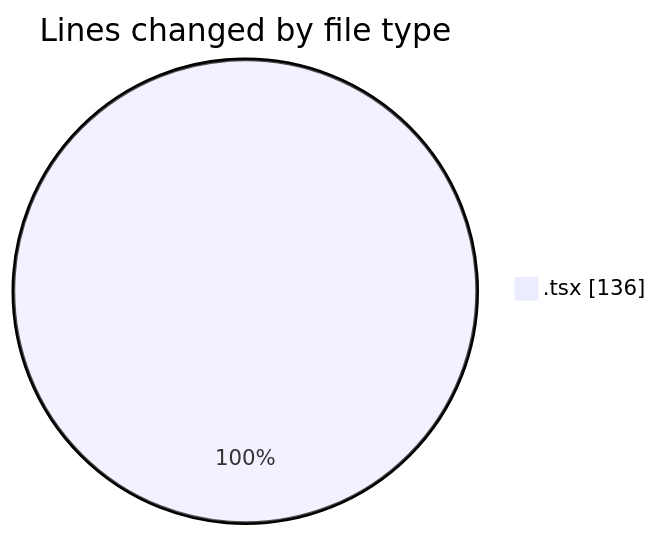
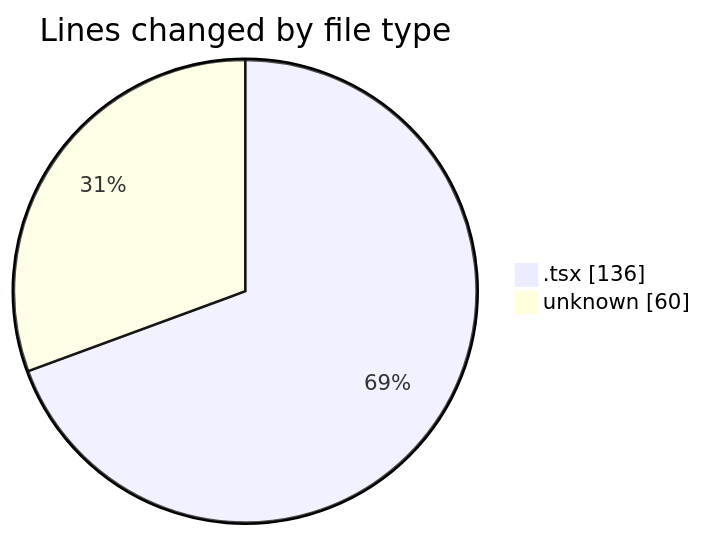
The first of 2 diagrams in 2025-11-11/diba-view/README.md (momahboobian/code-tracking), drawn with Mermaid before and after one commit. The commit also changed other lines of this file and 1 other file, not shown here.

````diff
--- a/2025-11-11/diba-view/README.md
+++ b/2025-11-11/diba-view/README.md
@@ -22,5 +23,6 @@
 ```mermaid
 pie showData
 title Lines changed by file type
 ".tsx" : 136
+"unknown" : 60
 ```
````
